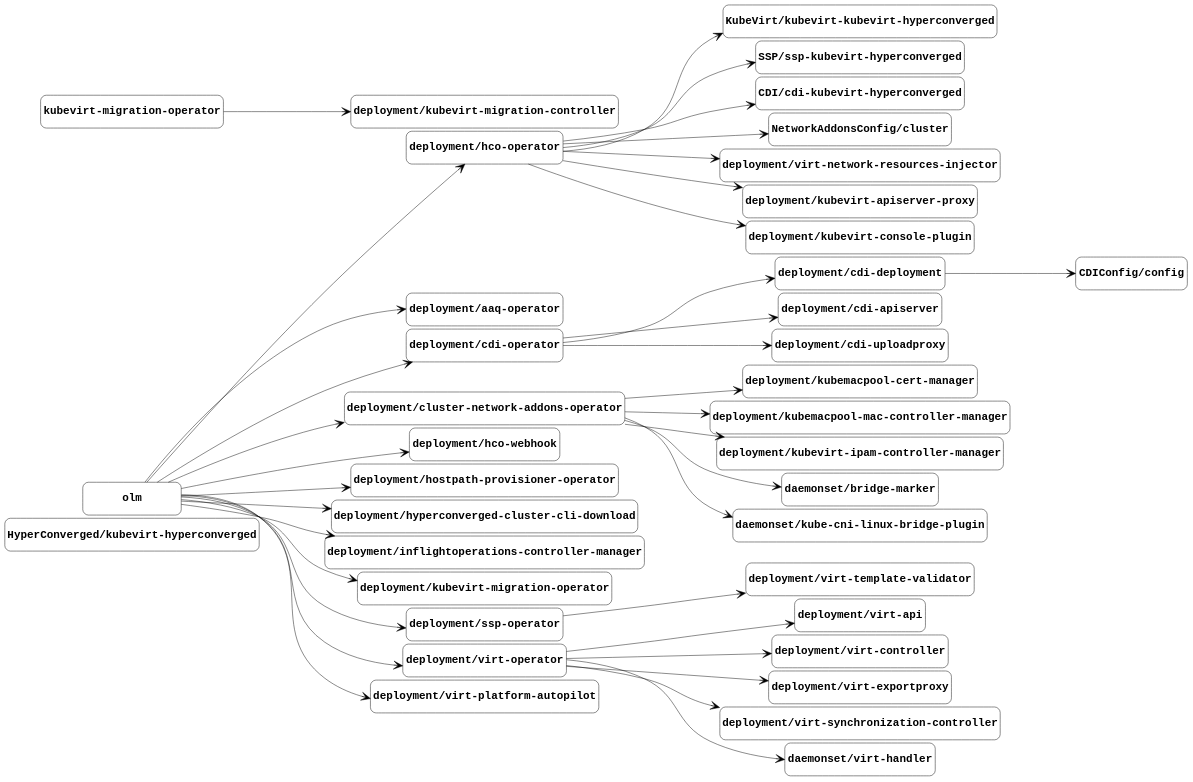
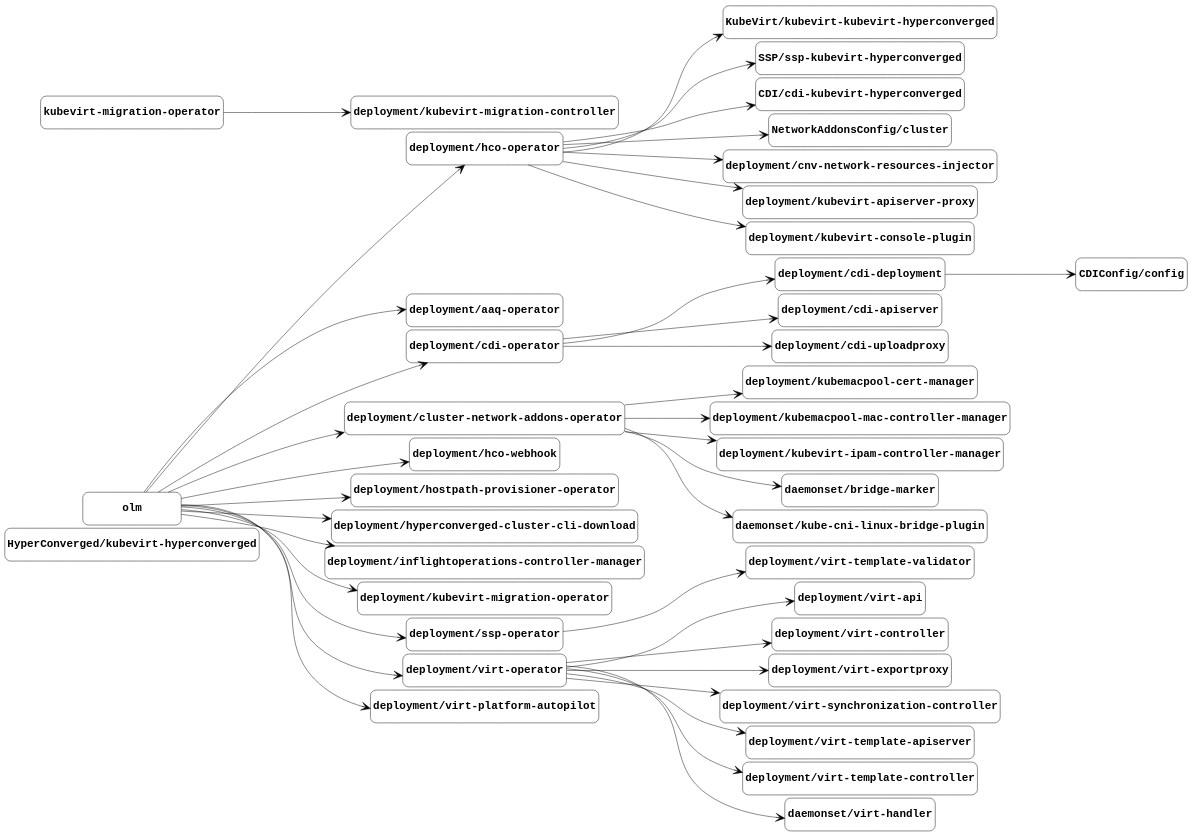
One commit to kubevirt/hyperconverged-cluster-operator changed the diagram in docs/managed-by.gv. Above: the diagram before and after it, drawn with Graphviz. The commit also changed 3 other files, not shown here.

Commit message:
Update component graphs from the nightly job (#4382)

```diff
--- a/docs/managed-by.gv
+++ b/docs/managed-by.gv
@@ -1,111 +1,117 @@
 digraph "managed-by" {
 	graph [center=true margin=0.2 nodesep=0.1 rankdir=LR ranksep=2]
 	node [fontname="Courier-Bold" fontsize=24 height=1 shape=box style=rounded width=3]
 	edge [arrowhead=vee arrowsize=2]
 	"HyperConverged/kubevirt-hyperconverged" [label="HyperConverged/kubevirt-hyperconverged"]
 	"KubeVirt/kubevirt-kubevirt-hyperconverged" [label="KubeVirt/kubevirt-kubevirt-hyperconverged"]
 	"deployment/hco-operator" [label="deployment/hco-operator"]
 	"deployment/hco-operator" -> "KubeVirt/kubevirt-kubevirt-hyperconverged"
 	"SSP/ssp-kubevirt-hyperconverged" [label="SSP/ssp-kubevirt-hyperconverged"]
 	"deployment/hco-operator" [label="deployment/hco-operator"]
 	"deployment/hco-operator" -> "SSP/ssp-kubevirt-hyperconverged"
 	"CDI/cdi-kubevirt-hyperconverged" [label="CDI/cdi-kubevirt-hyperconverged"]
 	"deployment/hco-operator" [label="deployment/hco-operator"]
 	"deployment/hco-operator" -> "CDI/cdi-kubevirt-hyperconverged"
 	"CDIConfig/config" [label="CDIConfig/config"]
 	"deployment/cdi-deployment" [label="deployment/cdi-deployment"]
 	"deployment/cdi-deployment" -> "CDIConfig/config"
 	"NetworkAddonsConfig/cluster" [label="NetworkAddonsConfig/cluster"]
 	"deployment/hco-operator" [label="deployment/hco-operator"]
 	"deployment/hco-operator" -> "NetworkAddonsConfig/cluster"
 	"deployment/aaq-operator" [label="deployment/aaq-operator"]
 	olm [label=olm]
 	olm -> "deployment/aaq-operator"
 	"deployment/cdi-apiserver" [label="deployment/cdi-apiserver"]
 	"deployment/cdi-operator" [label="deployment/cdi-operator"]
 	"deployment/cdi-operator" -> "deployment/cdi-apiserver"
 	"deployment/cdi-deployment" [label="deployment/cdi-deployment"]
 	"deployment/cdi-operator" [label="deployment/cdi-operator"]
 	"deployment/cdi-operator" -> "deployment/cdi-deployment"
 	"deployment/cdi-operator" [label="deployment/cdi-operator"]
 	olm [label=olm]
 	olm -> "deployment/cdi-operator"
 	"deployment/cdi-uploadproxy" [label="deployment/cdi-uploadproxy"]
 	"deployment/cdi-operator" [label="deployment/cdi-operator"]
 	"deployment/cdi-operator" -> "deployment/cdi-uploadproxy"
 	"deployment/cluster-network-addons-operator" [label="deployment/cluster-network-addons-operator"]
 	olm [label=olm]
 	olm -> "deployment/cluster-network-addons-operator"
-	"deployment/virt-network-resources-injector" [label="deployment/virt-network-resources-injector"]
+	"deployment/cnv-network-resources-injector" [label="deployment/cnv-network-resources-injector"]
 	"deployment/hco-operator" [label="deployment/hco-operator"]
-	"deployment/hco-operator" -> "deployment/virt-network-resources-injector"
+	"deployment/hco-operator" -> "deployment/cnv-network-resources-injector"
 	"deployment/hco-operator" [label="deployment/hco-operator"]
 	olm [label=olm]
 	olm -> "deployment/hco-operator"
 	"deployment/hco-webhook" [label="deployment/hco-webhook"]
 	olm [label=olm]
 	olm -> "deployment/hco-webhook"
 	"deployment/hostpath-provisioner-operator" [label="deployment/hostpath-provisioner-operator"]
 	olm [label=olm]
 	olm -> "deployment/hostpath-provisioner-operator"
 	"deployment/hyperconverged-cluster-cli-download" [label="deployment/hyperconverged-cluster-cli-download"]
 	olm [label=olm]
 	olm -> "deployment/hyperconverged-cluster-cli-download"
 	"deployment/inflightoperations-controller-manager" [label="deployment/inflightoperations-controller-manager"]
 	olm [label=olm]
 	olm -> "deployment/inflightoperations-controller-manager"
 	"deployment/kubemacpool-cert-manager" [label="deployment/kubemacpool-cert-manager"]
 	"deployment/cluster-network-addons-operator" [label="deployment/cluster-network-addons-operator"]
 	"deployment/cluster-network-addons-operator" -> "deployment/kubemacpool-cert-manager"
 	"deployment/kubemacpool-mac-controller-manager" [label="deployment/kubemacpool-mac-controller-manager"]
 	"deployment/cluster-network-addons-operator" [label="deployment/cluster-network-addons-operator"]
 	"deployment/cluster-network-addons-operator" -> "deployment/kubemacpool-mac-controller-manager"
 	"deployment/kubevirt-apiserver-proxy" [label="deployment/kubevirt-apiserver-proxy"]
 	"deployment/hco-operator" [label="deployment/hco-operator"]
 	"deployment/hco-operator" -> "deployment/kubevirt-apiserver-proxy"
 	"deployment/kubevirt-console-plugin" [label="deployment/kubevirt-console-plugin"]
 	"deployment/hco-operator" [label="deployment/hco-operator"]
 	"deployment/hco-operator" -> "deployment/kubevirt-console-plugin"
 	"deployment/kubevirt-ipam-controller-manager" [label="deployment/kubevirt-ipam-controller-manager"]
 	"deployment/cluster-network-addons-operator" [label="deployment/cluster-network-addons-operator"]
 	"deployment/cluster-network-addons-operator" -> "deployment/kubevirt-ipam-controller-manager"
 	"deployment/kubevirt-migration-controller" [label="deployment/kubevirt-migration-controller"]
 	"kubevirt-migration-operator" [label="kubevirt-migration-operator"]
 	"kubevirt-migration-operator" -> "deployment/kubevirt-migration-controller"
 	"deployment/kubevirt-migration-operator" [label="deployment/kubevirt-migration-operator"]
 	olm [label=olm]
 	olm -> "deployment/kubevirt-migration-operator"
 	"deployment/ssp-operator" [label="deployment/ssp-operator"]
 	olm [label=olm]
 	olm -> "deployment/ssp-operator"
 	"deployment/virt-api" [label="deployment/virt-api"]
 	"deployment/virt-operator" [label="deployment/virt-operator"]
 	"deployment/virt-operator" -> "deployment/virt-api"
 	"deployment/virt-controller" [label="deployment/virt-controller"]
 	"deployment/virt-operator" [label="deployment/virt-operator"]
 	"deployment/virt-operator" -> "deployment/virt-controller"
 	"deployment/virt-exportproxy" [label="deployment/virt-exportproxy"]
 	"deployment/virt-operator" [label="deployment/virt-operator"]
 	"deployment/virt-operator" -> "deployment/virt-exportproxy"
 	"deployment/virt-operator" [label="deployment/virt-operator"]
 	olm [label=olm]
 	olm -> "deployment/virt-operator"
 	"deployment/virt-platform-autopilot" [label="deployment/virt-platform-autopilot"]
 	olm [label=olm]
 	olm -> "deployment/virt-platform-autopilot"
 	"deployment/virt-synchronization-controller" [label="deployment/virt-synchronization-controller"]
 	"deployment/virt-operator" [label="deployment/virt-operator"]
 	"deployment/virt-operator" -> "deployment/virt-synchronization-controller"
+	"deployment/virt-template-apiserver" [label="deployment/virt-template-apiserver"]
+	"deployment/virt-operator" [label="deployment/virt-operator"]
+	"deployment/virt-operator" -> "deployment/virt-template-apiserver"
+	"deployment/virt-template-controller" [label="deployment/virt-template-controller"]
+	"deployment/virt-operator" [label="deployment/virt-operator"]
+	"deployment/virt-operator" -> "deployment/virt-template-controller"
 	"deployment/virt-template-validator" [label="deployment/virt-template-validator"]
 	"deployment/ssp-operator" [label="deployment/ssp-operator"]
 	"deployment/ssp-operator" -> "deployment/virt-template-validator"
 	"daemonset/bridge-marker" [label="daemonset/bridge-marker"]
 	"deployment/cluster-network-addons-operator" [label="deployment/cluster-network-addons-operator"]
 	"deployment/cluster-network-addons-operator" -> "daemonset/bridge-marker"
 	"daemonset/kube-cni-linux-bridge-plugin" [label="daemonset/kube-cni-linux-bridge-plugin"]
 	"deployment/cluster-network-addons-operator" [label="deployment/cluster-network-addons-operator"]
 	"deployment/cluster-network-addons-operator" -> "daemonset/kube-cni-linux-bridge-plugin"
 	"daemonset/virt-handler" [label="daemonset/virt-handler"]
 	"deployment/virt-operator" [label="deployment/virt-operator"]
 	"deployment/virt-operator" -> "daemonset/virt-handler"
 }
```
